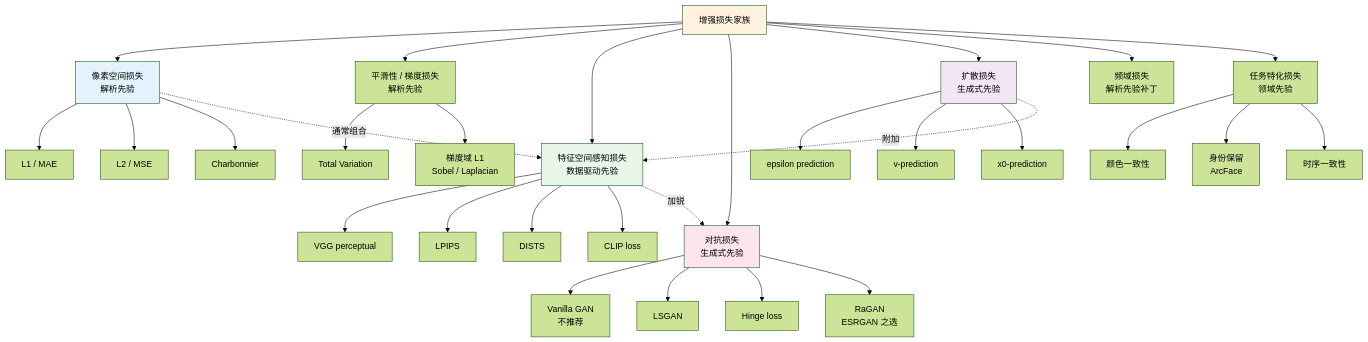
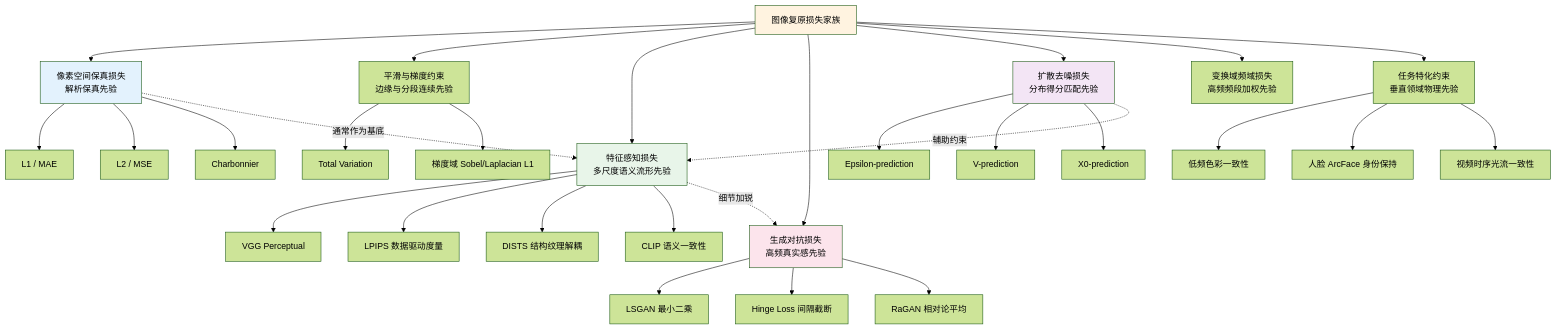
One commit to yingwang/image-enhancement-guide changed the diagram in chapters/03-losses.md. Above: the diagram before and after it, drawn with Mermaid (forest theme). The commit also changed other lines of this file and 18 other files, not shown here.

````diff
--- a/chapters/03-losses.md
+++ b/chapters/03-losses.md
@@ -67,45 +52,44 @@
 ```mermaid
 graph TD
-    Root[增强损失家族] --> Pixel[像素空间损失<br/>解析先验]
-    Root --> Smooth[平滑性 / 梯度损失<br/>解析先验]
-    Root --> Feat[特征空间感知损失<br/>数据驱动先验]
-    Root --> Adv[对抗损失<br/>生成式先验]
-    Root --> Diff[扩散损失<br/>生成式先验]
-    Root --> Freq[频域损失<br/>解析先验补丁]
-    Root --> Task[任务特化损失<br/>领域先验]
+    Root["图像复原损失家族"] --> Pixel["像素空间保真损失<br/>解析保真先验"]
+    Root --> Smooth["平滑与梯度约束<br/>边缘与分段连续先验"]
+    Root --> Feat["特征感知损失<br/>多尺度语义流形先验"]
+    Root --> Adv["生成对抗损失<br/>高频真实感先验"]
+    Root --> Diff["扩散去噪损失<br/>分布得分匹配先验"]
+    Root --> Freq["变换域频域损失<br/>高频频段加权先验"]
+    Root --> Task["任务特化约束<br/>垂直领域物理先验"]
 
-    Pixel --> L1[L1 / MAE]
-    Pixel --> L2[L2 / MSE]
-    Pixel --> Charb[Charbonnier]
+    Pixel --> L1["L1 / MAE"]
+    Pixel --> L2["L2 / MSE"]
+    Pixel --> Charb["Charbonnier"]
 
-    Smooth --> TV[Total Variation]
-    Smooth --> Grad[梯度域 L1<br/>Sobel / Laplacian]
+    Smooth --> TV["Total Variation"]
+    Smooth --> Grad["梯度域 Sobel/Laplacian L1"]
 
-    Feat --> VGG[VGG perceptual]
-    Feat --> LPIPS[LPIPS]
-    Feat --> DISTS[DISTS]
-    Feat --> CLIP[CLIP loss]
+    Feat --> VGG["VGG Perceptual"]
+    Feat --> LPIPS["LPIPS 数据驱动度量"]
+    Feat --> DISTS["DISTS 结构纹理解耦"]
+    Feat --> CLIP["CLIP 语义一致性"]
 
-    Adv --> Vanilla[Vanilla GAN<br/>不推荐]
-    Adv --> LSGAN[LSGAN]
-    Adv --> Hinge[Hinge loss]
-    Adv --> RaGAN[RaGAN<br/>ESRGAN 之选]
+    Adv --> LSGAN["LSGAN 最小二乘"]
+    Adv --> Hinge["Hinge Loss 间隔截断"]
+    Adv --> RaGAN["RaGAN 相对论平均"]
 
-    Diff --> Eps[epsilon prediction]
-    Diff --> VPred[v-prediction]
-    Diff --> X0[x0-prediction]
+    Diff --> Eps["Epsilon-prediction"]
+    Diff --> VPred["V-prediction"]
+    Diff --> X0["X0-prediction"]
 
-    Task --> Color[颜色一致性]
-    Task --> Id[身份保留<br/>ArcFace]
-    Task --> Temp[时序一致性]
+    Task --> Color["低频色彩一致性"]
+    Task --> Id["人脸 ArcFace 身份保持"]
+    Task --> Temp["视频时序光流一致性"]
 
-    Pixel -.通常组合.-> Feat
-    Feat -.加锐.-> Adv
-    Diff -.附加.-> Feat
+    Pixel -.通常作为基底.-> Feat
+    Feat -.细节加锐.-> Adv
+    Diff -.辅助约束.-> Feat
 
     style Root fill:#fff3e0
     style Pixel fill:#e3f2fd
     style Feat fill:#e8f5e9
     style Adv fill:#fce4ec
     style Diff fill:#f3e5f5
 ```
````
